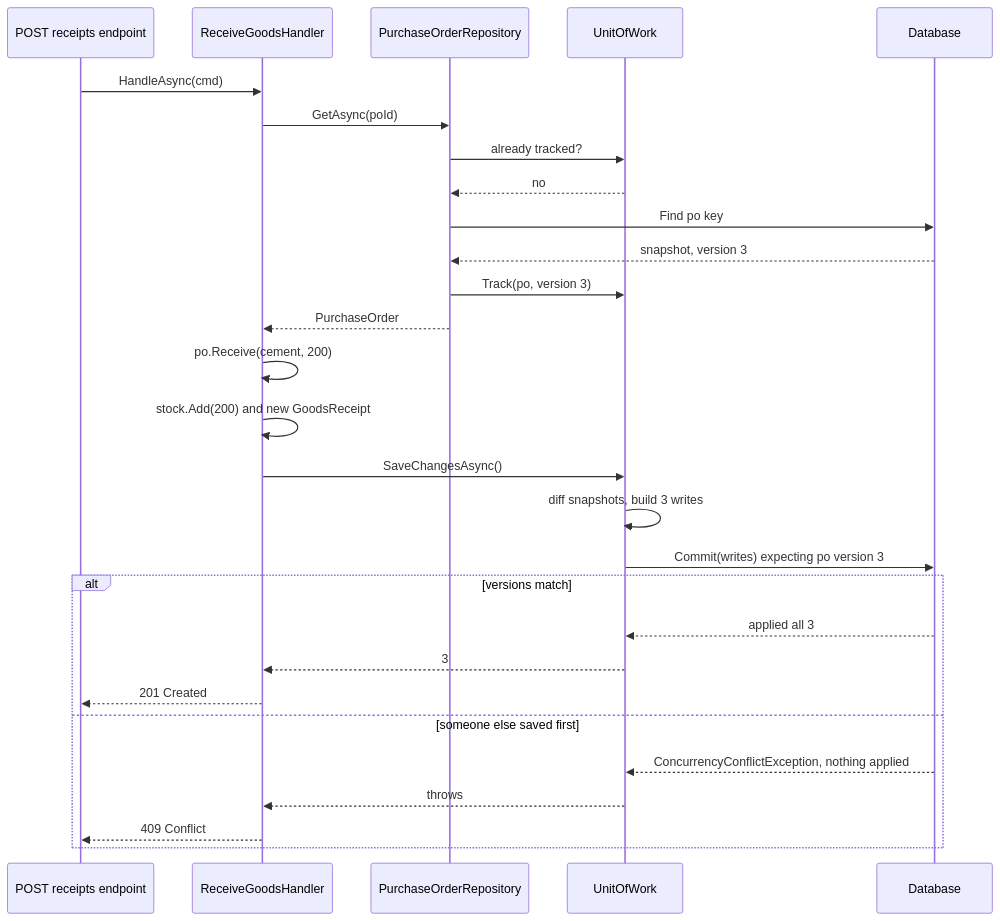
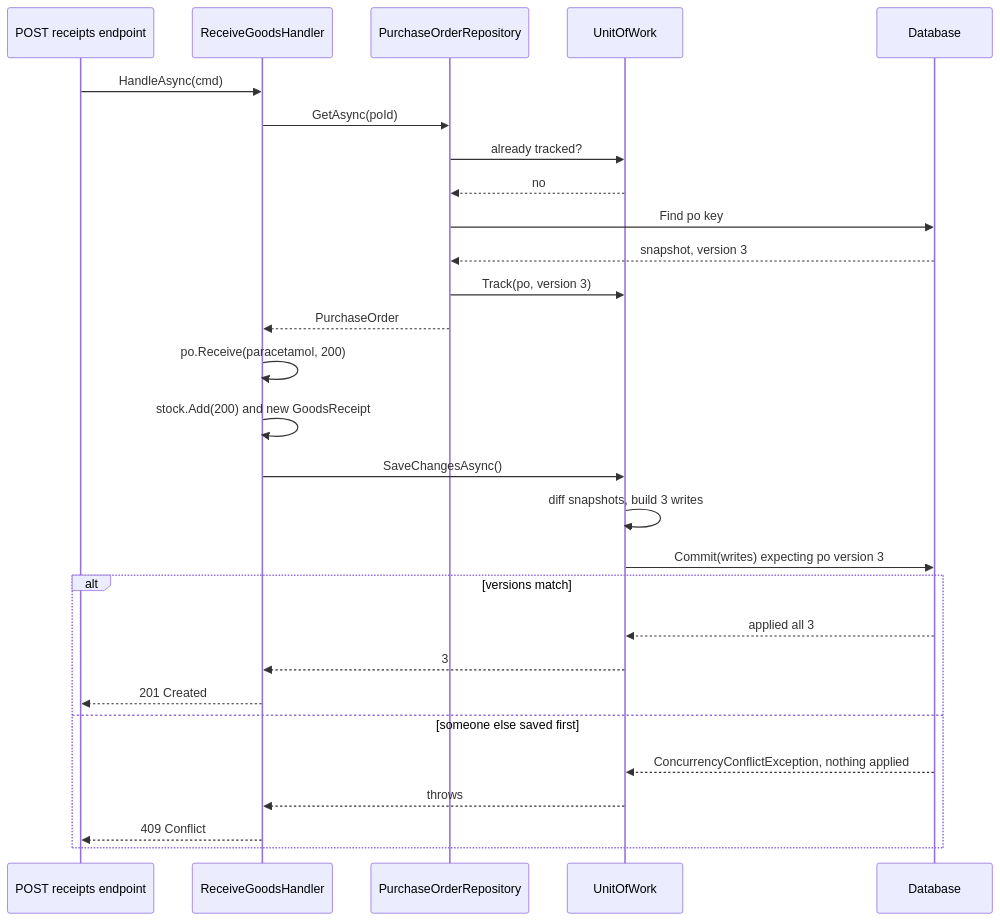
Before and after one commit to rizwi0786/system-design-lab: the second of 2 diagrams in content/lessons/m06/m06-repository-uow.md, drawn with Mermaid. The commit also changed other lines of this file and 334 other files, not shown here.

````diff
--- a/content/lessons/m06/m06-repository-uow.md
+++ b/content/lessons/m06/m06-repository-uow.md
@@ -166,30 +168,30 @@
 ```mermaid
 sequenceDiagram
     participant API as POST receipts endpoint
     participant H as ReceiveGoodsHandler
     participant R as PurchaseOrderRepository
     participant U as UnitOfWork
     participant DB as Database
     API->>H: HandleAsync(cmd)
     H->>R: GetAsync(poId)
     R->>U: already tracked?
     U-->>R: no
     R->>DB: Find po key
     DB-->>R: snapshot, version 3
     R->>U: Track(po, version 3)
     R-->>H: PurchaseOrder
-    H->>H: po.Receive(cement, 200)
+    H->>H: po.Receive(paracetamol, 200)
     H->>H: stock.Add(200) and new GoodsReceipt
     H->>U: SaveChangesAsync()
     U->>U: diff snapshots, build 3 writes
     U->>DB: Commit(writes) expecting po version 3
     alt versions match
         DB-->>U: applied all 3
         U-->>H: 3
         H-->>API: 201 Created
     else someone else saved first
         DB-->>U: ConcurrencyConflictException, nothing applied
         U-->>H: throws
         H-->>API: 409 Conflict
     end
 ```
````
